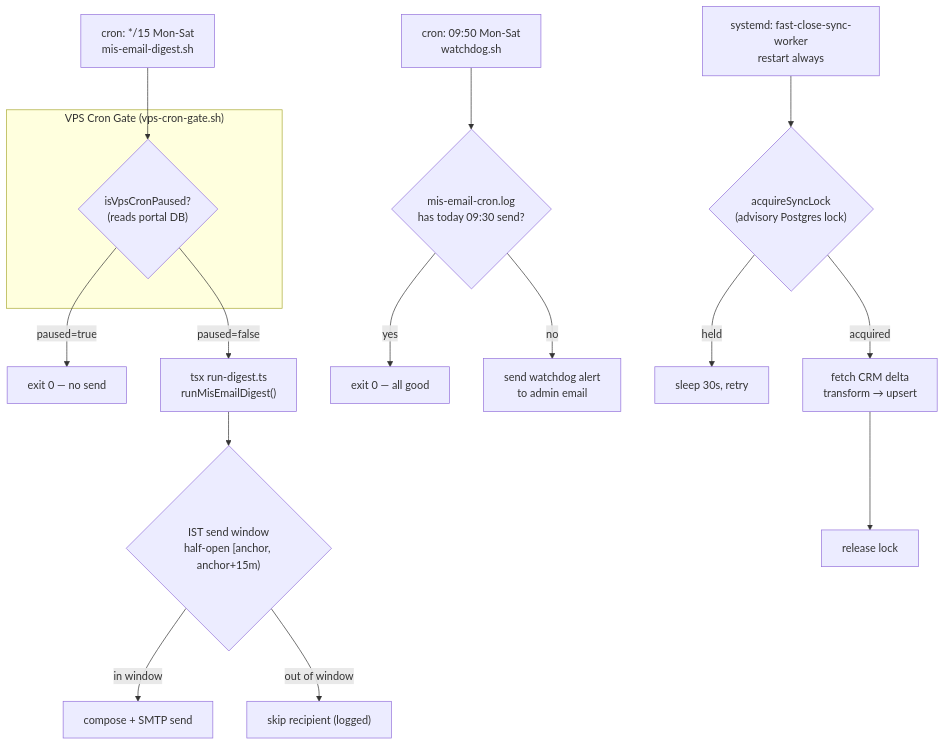
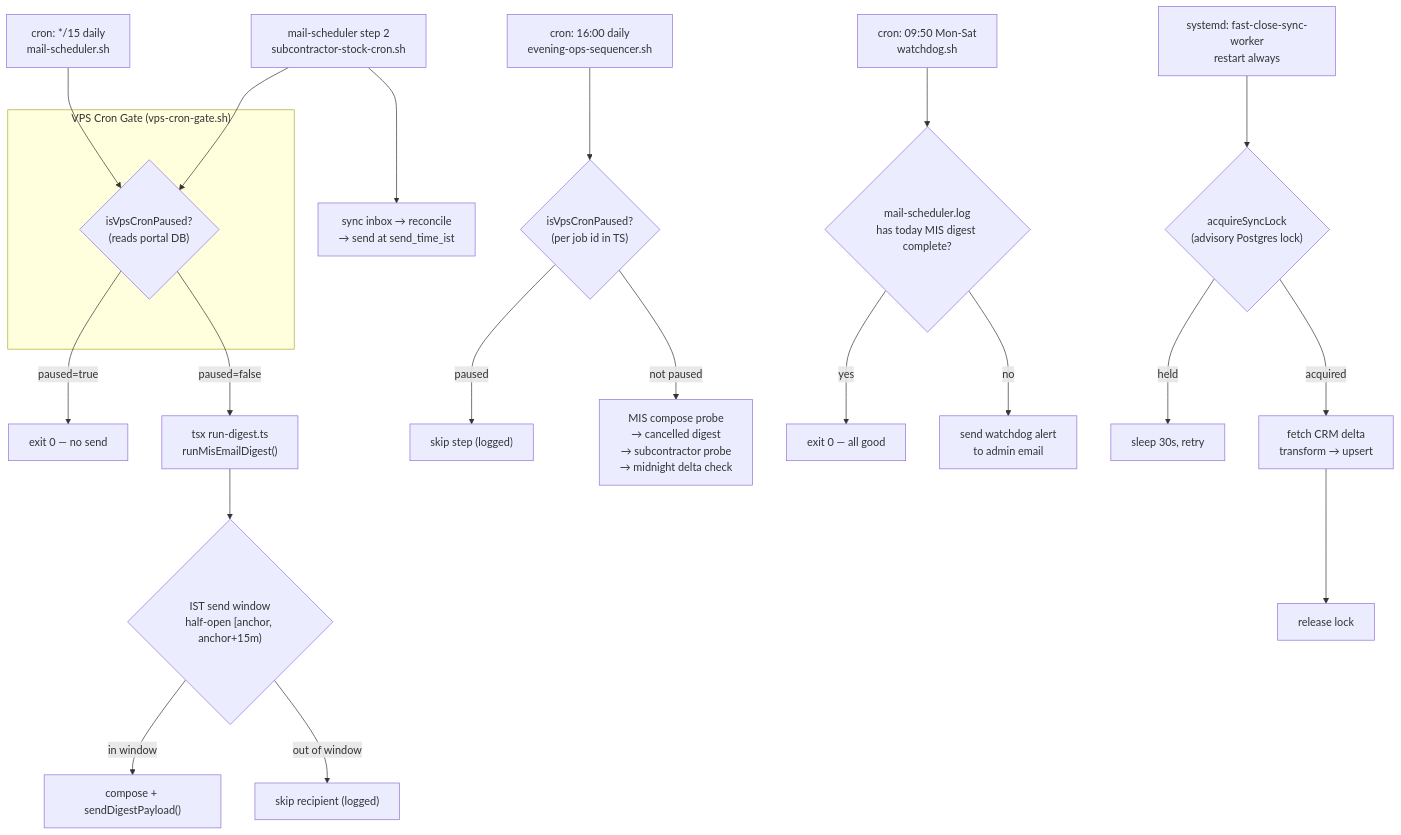
Diagram 17 of 20 in docs/ARCHITECTURE.md (Vishun-Projects/wrl-dashboard), drawn with Mermaid before and after one commit. The commit also changed other lines of this file and 137 other files, not shown here.

````diff
--- a/docs/ARCHITECTURE.md
+++ b/docs/ARCHITECTURE.md
@@ -761,22 +1054,29 @@
 ```mermaid
 flowchart TD
     subgraph CRONGATE["VPS Cron Gate (vps-cron-gate.sh)"]
         GATE{"isVpsCronPaused?\n(reads portal DB)"}
     end
 
-    DIGESTCRON["cron: */15 Mon-Sat\nmis-email-digest.sh"] --> GATE
+    DIGESTCRON["cron: */15 daily\nmail-scheduler.sh"] --> GATE
+    SUBCONCRON["mail-scheduler step 2\nsubcontractor-stock-cron.sh"] --> GATE
     GATE -- "paused=true" --> SKIP["exit 0 — no send"]
     GATE -- "paused=false" --> RUNDIGEST["tsx run-digest.ts\nrunMisEmailDigest()"]
     RUNDIGEST --> WINDOW{"IST send window\nhalf-open [anchor, anchor+15m)"}
-    WINDOW -- "in window" --> SEND["compose + SMTP send"]
+    WINDOW -- "in window" --> SEND["compose + sendDigestPayload()"]
     WINDOW -- "out of window" --> SKIPRECIP["skip recipient (logged)"]
 
-    WATCHDOG["cron: 09:50 Mon-Sat\nwatchdog.sh"] --> CHECK{"mis-email-cron.log\nhas today 09:30 send?"}
+    SUBCONCRON --> SUBCONRUN["sync inbox → reconcile\n→ send at send_time_ist"]
+
+    EVENINGOPS["cron: 16:00 daily\nevening-ops-sequencer.sh"] --> EVENINGGATE{"isVpsCronPaused?\n(per job id in TS)"}
+    EVENINGGATE -- "paused" --> EVENSKIP["skip step (logged)"]
+    EVENINGGATE -- "not paused" --> EVENINGSTEPS["MIS compose probe\n→ cancelled digest\n→ subcontractor probe\n→ midnight delta check"]
+
+    WATCHDOG["cron: 09:50 Mon-Sat\nwatchdog.sh"] --> CHECK{"mail-scheduler.log\nhas today MIS digest complete?"}
     CHECK -- "yes" --> OK["exit 0 — all good"]
     CHECK -- "no" --> ALERT["send watchdog alert\nto admin email"]
 
     SYNCWORKER["systemd: fast-close-sync-worker\nrestart always"] --> LOCK{"acquireSyncLock\n(advisory Postgres lock)"}
     LOCK -- "held" --> WAIT["sleep 30s, retry"]
     LOCK -- "acquired" --> CRMDELTA["fetch CRM delta\ntransform → upsert"]
     CRMDELTA --> RELEASE["release lock"]
 ```
````
